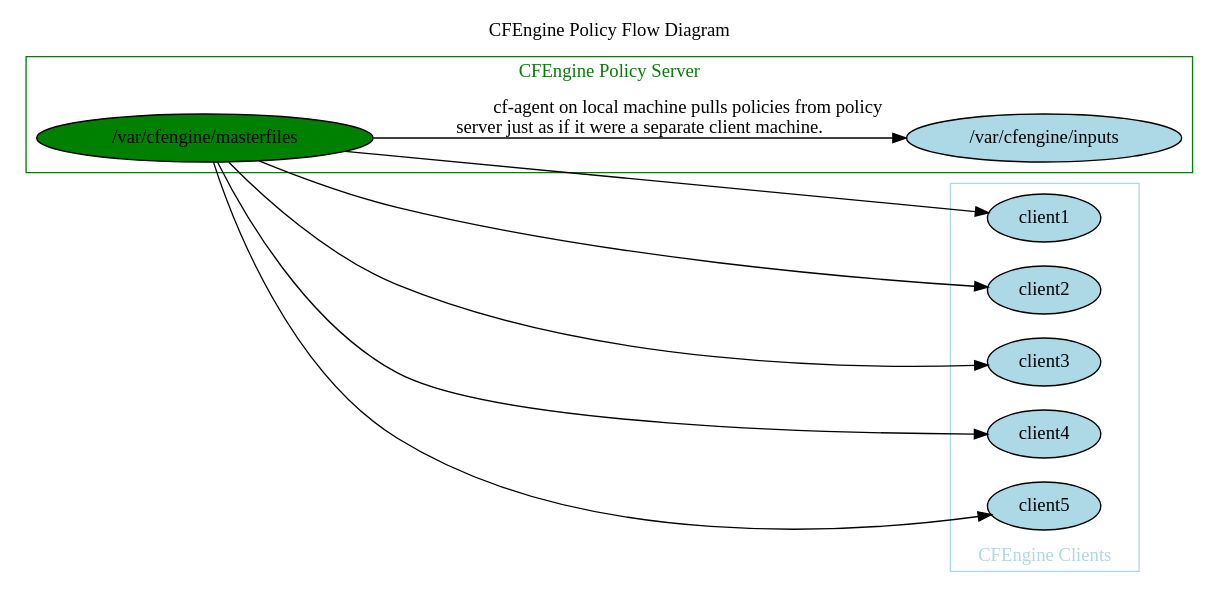
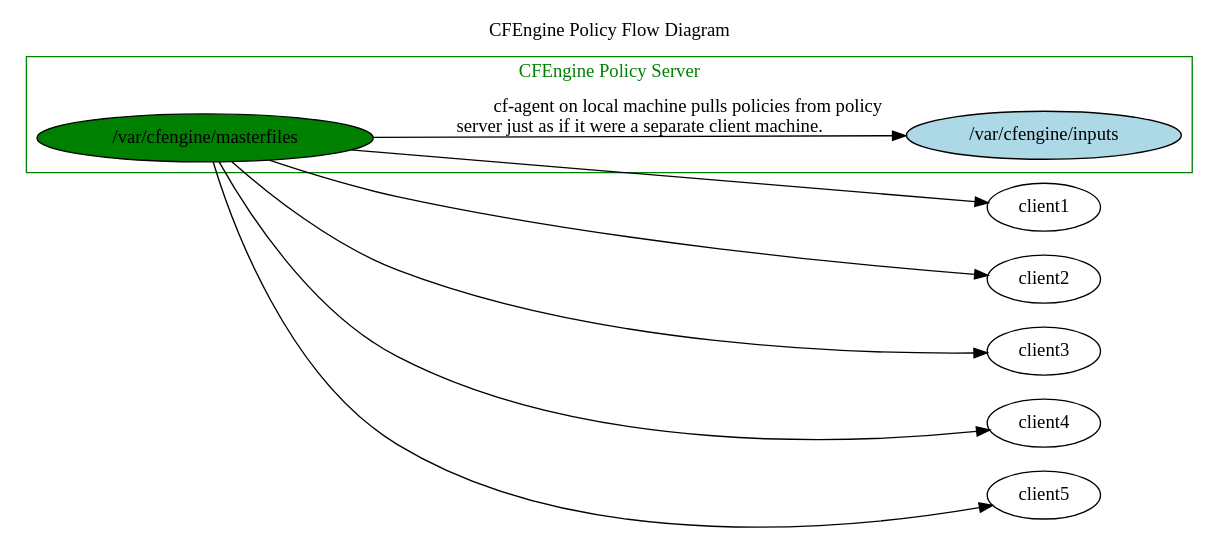
Before and after one commit to cfengine/design-center: the diagram in examples/verticalsysadmin_training_examples/3-010-CFEngine_As_A_Service-0080-Policy_Flow_Diagram_Clients.dot, drawn with Graphviz. The commit also changed 3 other files, not shown here.

```diff
--- a/examples/verticalsysadmin_training_examples/3-010-CFEngine_As_A_Service-0080-Policy_Flow_Diagram_Clients.dot
+++ b/examples/verticalsysadmin_training_examples/3-010-CFEngine_As_A_Service-0080-Policy_Flow_Diagram_Clients.dot
@@ -1,40 +1,31 @@
 digraph backup_process {
 		label="CFEngine Policy Flow Diagram"
 		labelloc=t;
 		rankdir=LR;
 
    subgraph cluster_0 {
       node [style=filled];
       color=green
 		fontcolor=green
 		rank=same;
 		rankdir=LR;
 		label="CFEngine Policy Server";
 		labelloc=t;
       policy_masterfiles [ fillcolor="green", label="/var/cfengine/masterfiles" ];		
       policy_inputs [ fillcolor="lightblue", label="/var/cfengine/inputs" ];		
 		}
 
-   subgraph cluster_1 {
-		node [style=filled];
-      color=lightblue
-		fontcolor=lightblue
-		rank=same;
-		rankdir=LR;
-		label="CFEngine Clients";
-		labelloc=b;
       client1 [ fillcolor=lightblue,label="client1" ];		
       client2 [ fillcolor=lightblue,label="client2" ];		
       client3 [ fillcolor=lightblue,label="client3" ];		
       client4 [ fillcolor=lightblue,label="client4" ];		
       client5 [ fillcolor=lightblue,label="client5" ];		
-		}
 
     policy_masterfiles -> policy_inputs [label="cf-agent on local machine pulls policies from policy\rserver just as if it were a separate client machine."] ;
 	 policy_masterfiles -> client1;
 	 policy_masterfiles -> client2;
 	 policy_masterfiles -> client3;
 	 policy_masterfiles -> client4;
 	 policy_masterfiles -> client5;
 
 }
```
